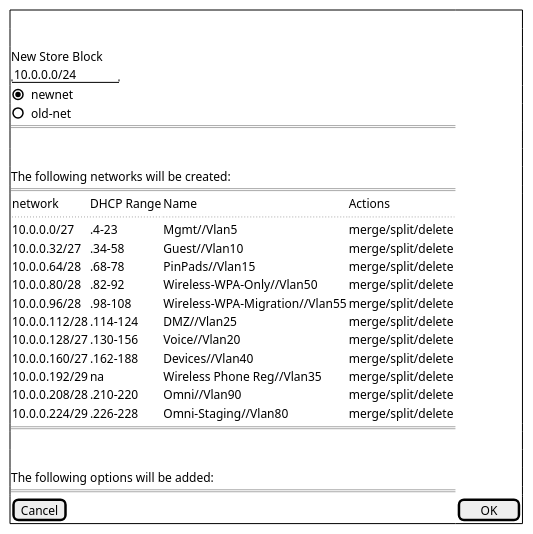
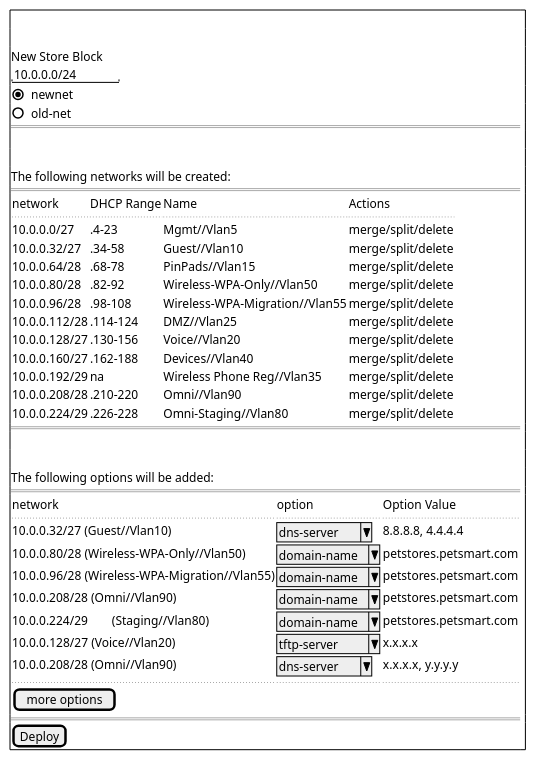
The first of 2 diagrams in README.md (noeltimothy/flask-apache-setup), drawn with PlantUML before and after one commit.

````diff
--- a/README.md
+++ b/README.md
@@ -24,44 +24,54 @@
 ```plantuml
 @startuml
 salt
 {+
   .
   .
   New Store Block | . 
   " 10.0.0.0/24 " | .
   (X) newnet 
   () old-net
   ==
   .
   .
   The following networks will be created:
   ==
   {
   
   network       | DHCP Range  | Name | Actions
   .. | .. | .. | ..
   10.0.0.0/27   |  .4-23	  |	Mgmt//Vlan5 | merge/split/delete		
 	10.0.0.32/27  |  .34-58		|Guest//Vlan10	| merge/split/delete	
 	10.0.0.64/28  |	 .68-78		|PinPads//Vlan15		| merge/split/delete
 	10.0.0.80/28  |  .82-92		|Wireless-WPA-Only//Vlan50		| merge/split/delete
 	10.0.0.96/28  |  .98-108	| Wireless-WPA-Migration//Vlan55	| merge/split/delete
 	10.0.0.112/28 |	 .114-124	| DMZ//Vlan25		| merge/split/delete
 	10.0.0.128/27 |	 .130-156	| Voice//Vlan20		| merge/split/delete
 	10.0.0.160/27 |	 .162-188	| Devices//Vlan40	| merge/split/delete
 	10.0.0.192/29 |		na      | Wireless Phone Reg//Vlan35	| merge/split/delete
 	10.0.0.208/28 |	 .210-220	| Omni//Vlan90		| merge/split/delete
 	10.0.0.224/29	|	 .226-228	| Omni-Staging//Vlan80 | merge/split/delete
   }
   ==
   .
   .
   The following options will be added:
   ==
   {
+    network | option | Option Value
+    .. | .. | ..
+    10.0.0.32/27 (Guest//Vlan10) | ^dns-server^ | 8.8.8.8, 4.4.4.4
+    10.0.0.80/28 (Wireless-WPA-Only//Vlan50)	| ^domain-name^ | petstores.petsmart.com	
+	  10.0.0.96/28 (Wireless-WPA-Migration//Vlan55) | ^domain-name^ | petstores.petsmart.com
+	  10.0.0.208/28 (Omni//Vlan90) | ^domain-name^ | petstores.petsmart.com
+	  10.0.0.224/29	(Staging//Vlan80)	| ^domain-name^ | petstores.petsmart.com
+    10.0.0.128/27 (Voice//Vlan20) | ^tftp-server^ | x.x.x.x	
+    10.0.0.208/28 (Omni//Vlan90) | ^dns-server^ | x.x.x.x, y.y.y.y
+    .. | .. | ..
+    [more options]
   }
+  ==
   
-  
-  [Cancel] | [  OK   ]
-}
-@enduml
+  [Deploy]
+}@enduml
 ```
````
